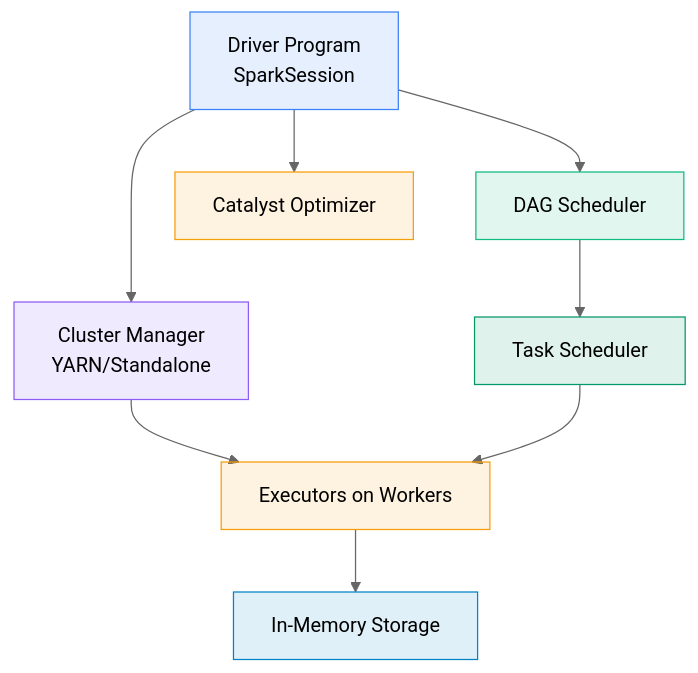
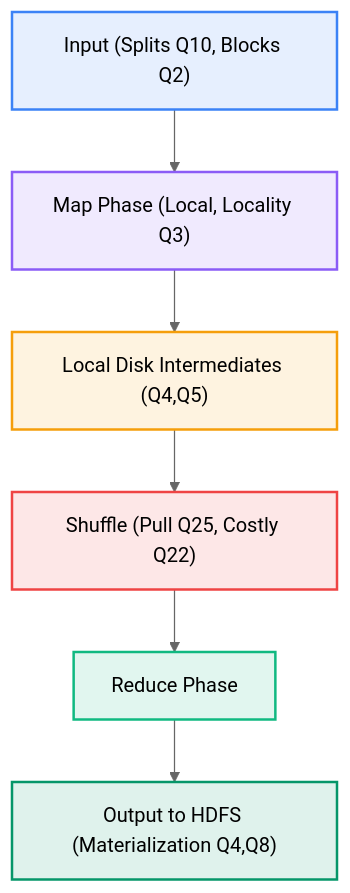
Before and after one commit to MadeInShineA/hei-course-summaries: the second of 19 diagrams in 302.1-data-computation/summaries/spark.md, drawn with Mermaid (neutral theme). The commit also changed other lines of this file and 4 other files, not shown here.

````diff
--- a/302.1-data-computation/summaries/spark.md
+++ b/302.1-data-computation/summaries/spark.md
@@ -69,18 +147,14 @@
 ```mermaid
-graph TB
-    Driver[Driver Program<br/>SparkSession] --> ClusterManager[Cluster Manager<br/>YARN/Standalone]
-    ClusterManager --> Executors[Executors on Workers]
-    Driver --> DAGScheduler[DAG Scheduler]
-    DAGScheduler --> TaskScheduler[Task Scheduler]
-    TaskScheduler --> Executors
-    Executors --> Storage[In-Memory Storage]
-    Driver --> Optimizer[Catalyst Optimizer]
+flowchart TD
+    Input["Input (Splits Q10, Blocks Q2)"] --> Map["Map Phase (Local, Locality Q3)"]
+    Map --> Intermediates["Local Disk Intermediates (Q4,Q5)"]
+    Intermediates --> Shuffle["Shuffle (Pull Q25, Costly Q22)"] --> Reduce["Reduce Phase"]
+    Reduce --> Output["Output to HDFS (Materialization Q4,Q8)"]
     
-    style Driver fill:#3b82f620,stroke:#3b82f6
-    style ClusterManager fill:#8b5cf620,stroke:#8b5cf6
-    style Executors fill:#f59e0b20,stroke:#f59e0b
-    style DAGScheduler fill:#10b98120,stroke:#10b981
-    style TaskScheduler fill:#05966920,stroke:#059669
-    style Storage fill:#0284c720,stroke:#0284c7
-    style Optimizer fill:#f59e0b20,stroke:#f59e0b
+    style Input fill:#3b82f620,stroke:#3b82f6,stroke-width:2px
+    style Map fill:#8b5cf620,stroke:#8b5cf6,stroke-width:2px
+    style Intermediates fill:#f59e0b20,stroke:#f59e0b,stroke-width:2px
+    style Shuffle fill:#ef444420,stroke:#ef4444,stroke-width:2px
+    style Reduce fill:#10b98120,stroke:#10b981,stroke-width:2px
+    style Output fill:#05966920,stroke:#059669,stroke-width:2px
 ```
````
